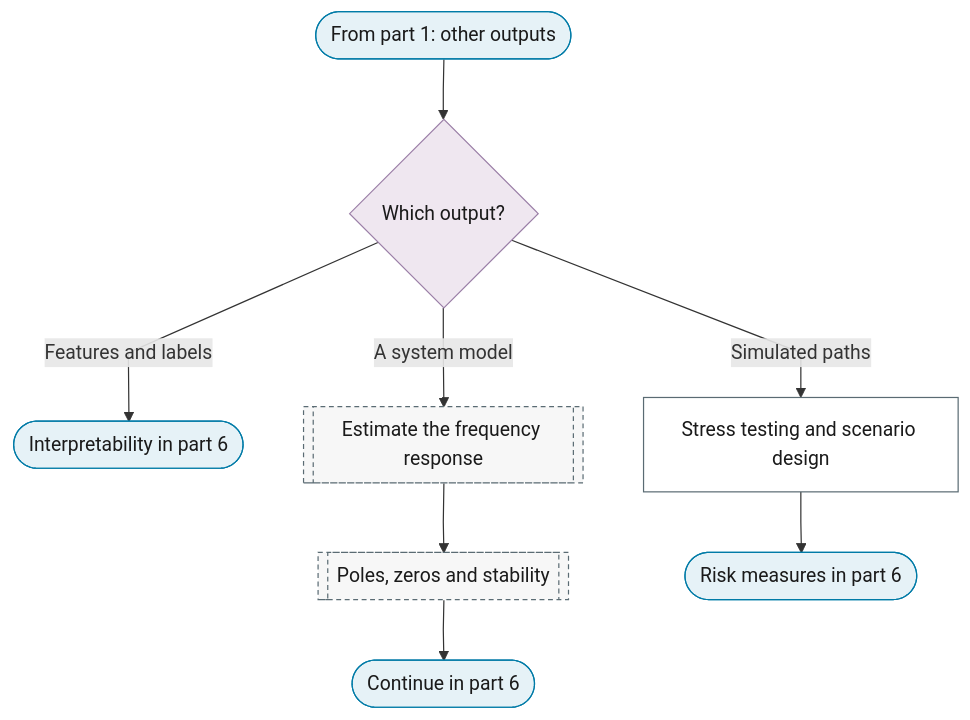
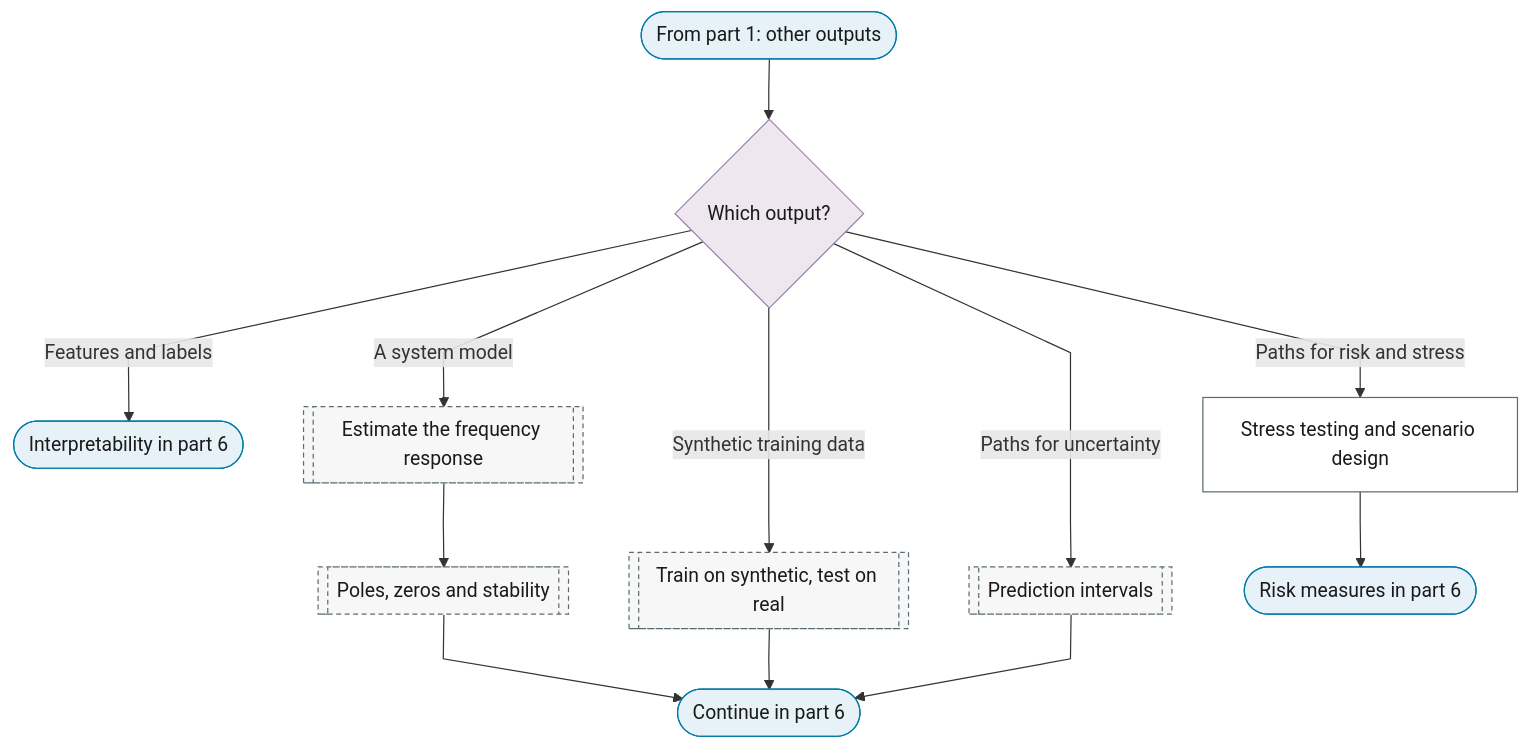
Before and after one commit to Shuxin-Y/time-series-analysis-manual: the fifth of 6 diagrams in docs/01-workflow/p11-inference.md, drawn with Mermaid. The commit also changed other lines of this file and 20 other files, not shown here.

First line of the commit message:
fix(charts): one placement per purpose leaf; branch table; exits and labels

````diff
--- a/docs/01-workflow/p11-inference.md
+++ b/docs/01-workflow/p11-inference.md
@@ -131,23 +132,25 @@
 ```mermaid
 %%{init: {"flowchart": {"curve": "linear"}}}%%
 graph TD
     P11_PART_5_IN(["From part 1: other outputs"]) --> P11_OUTPUTS{"Which output?"}
     P11_OUTPUTS -->|"Features and labels"| P11_FEATURES_TO_PART_6(["Interpretability in part 6"])
     P11_OUTPUTS -->|"A system model"| P0_SI_TRANSFER_FUNCTION[["Estimate the frequency response"]]
-    P11_OUTPUTS -->|"Simulated paths"| P11_SCENARIOS["Stress testing and scenario design"]
+    P11_OUTPUTS -->|"Paths for risk and stress"| P11_SCENARIOS["Stress testing and scenario design"]
+    P11_OUTPUTS -->|"Synthetic training data"| P0_SM_TSTR[["Train on synthetic, test on real"]]
+    P11_OUTPUTS -->|"Paths for uncertainty"| P11_INTERVALS[["Prediction intervals"]]
     P0_SI_TRANSFER_FUNCTION --> P0_SI_STABILITY[["Poles, zeros and stability"]]
     P11_SCENARIOS --> P11_RISK_TO_PART_6(["Risk measures in part 6"])
-    P0_SI_STABILITY --> P11_PART_5_OUT(["Continue in part 6"])
+    P0_SI_STABILITY & P0_SM_TSTR & P11_INTERVALS --> P11_PART_5_OUT(["Continue in part 6"])
     class P11_PART_5_IN,P11_FEATURES_TO_PART_6,P11_RISK_TO_PART_6,P11_PART_5_OUT terminator
     class P11_OUTPUTS decision
     class P11_SCENARIOS process
-    class P0_SI_TRANSFER_FUNCTION,P0_SI_STABILITY ref
+    class P0_SI_TRANSFER_FUNCTION,P0_SI_STABILITY,P0_SM_TSTR,P11_INTERVALS ref
     classDef terminator fill:#E6F2F7,stroke:#007BA7,color:#1A1A1A;
     classDef process fill:#FFFFFF,stroke:#5A6B73,color:#1A1A1A;
     classDef decision fill:#EFE7F0,stroke:#9B7FA7,color:#1A1A1A;
     classDef data fill:#FFF4E0,stroke:#C9A55E,color:#1A1A1A;
     classDef good fill:#DCEFD8,stroke:#4A7A3F,color:#1A1A1A;
     classDef escalate fill:#FFE9C2,stroke:#C9A55E,color:#1A1A1A;
     classDef problem fill:#F2D9DE,stroke:#800020,color:#1A1A1A;
     classDef ref fill:#F7F7F7,stroke:#5A6B73,color:#1A1A1A,stroke-dasharray:4 3;
 ```
````
